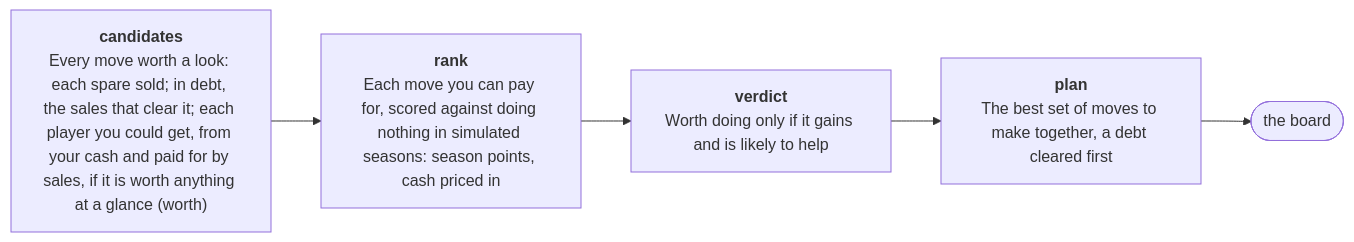
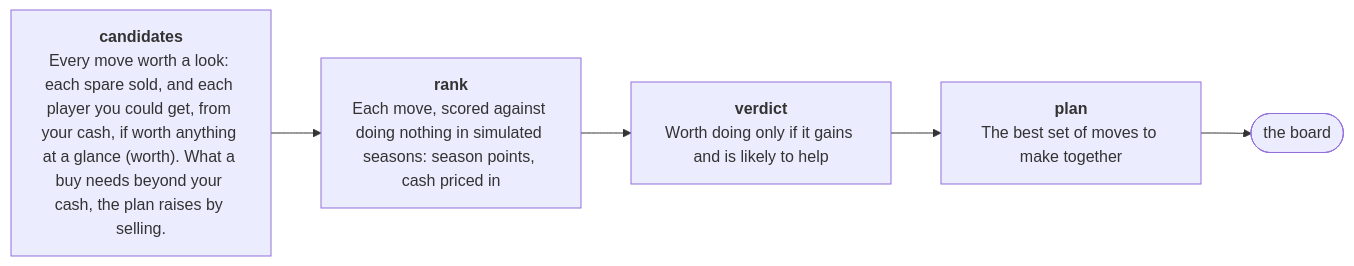
Before and after one commit to OrsM/liga_five_guys: the diagram in docs/funnel.mmd, drawn with Mermaid. The commit also changed 7 other files, not shown here.

First line of the commit message:
Price every million at one rate: a sale earns all it fetches, a buy pays all it costs

```diff
--- a/docs/funnel.mmd
+++ b/docs/funnel.mmd
@@ -1,9 +1,9 @@
 flowchart LR
-    s0["<b>candidates</b><br/>Every move worth a look: each spare sold; in debt, the sales that clear it; each player you could get, from your cash and paid for by sales, if it is worth anything at a glance (worth)"]
-    s1["<b>rank</b><br/>Each move you can pay for, scored against doing nothing in simulated seasons: season points, cash priced in"]
+    s0["<b>candidates</b><br/>Every move worth a look: each spare sold, and each player you could get, from your cash, if worth anything at a glance (worth). What a buy needs beyond your cash, the plan raises by selling."]
+    s1["<b>rank</b><br/>Each move, scored against doing nothing in simulated seasons: season points, cash priced in"]
     s0 --> s1
     s2["<b>verdict</b><br/>Worth doing only if it gains and is likely to help"]
     s1 --> s2
-    s3["<b>plan</b><br/>The best set of moves to make together, a debt cleared first"]
+    s3["<b>plan</b><br/>The best set of moves to make together"]
     s2 --> s3
     s3 --> board(["the board"])
```
